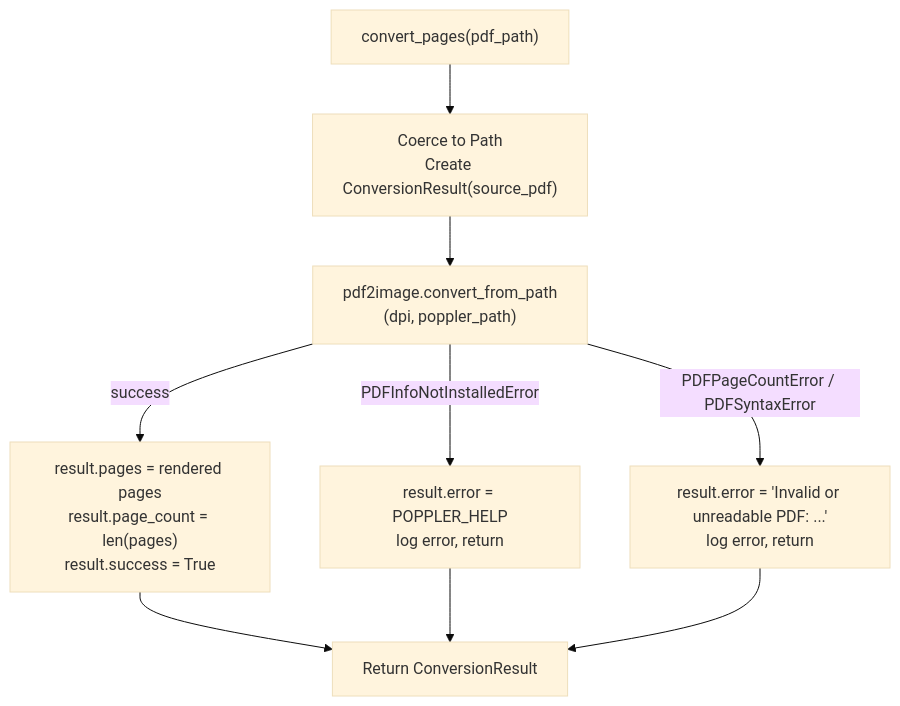
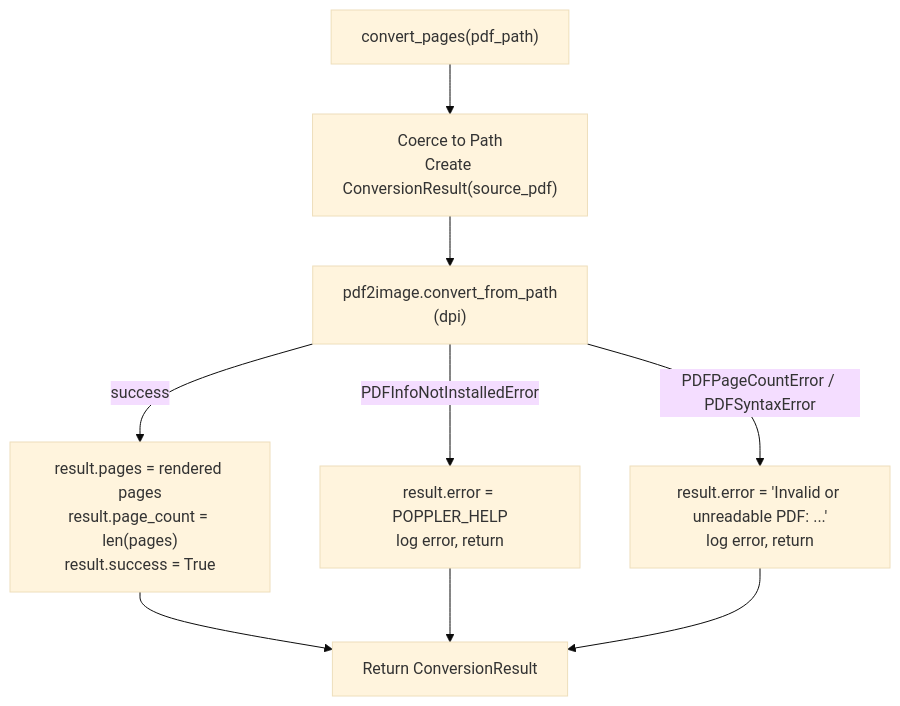
Before and after one commit to Rasakannu123/New-POC: the diagram in docs/features/01-pdf-to-image-conversion.md, drawn with Mermaid (base theme). The commit also changed other lines of this file and 17 other files, not shown here.

````diff
--- a/docs/features/01-pdf-to-image-conversion.md
+++ b/docs/features/01-pdf-to-image-conversion.md
@@ -13,11 +13,11 @@
 ```mermaid
 flowchart TD
     A["convert_pages(pdf_path)"] --> B["Coerce to Path<br/>Create ConversionResult(source_pdf)"]
-    B --> C["pdf2image.convert_from_path<br/>(dpi, poppler_path)"]
+    B --> C["pdf2image.convert_from_path<br/>(dpi)"]
     C -->|PDFInfoNotInstalledError| D["result.error = POPPLER_HELP<br/>log error, return"]
     C -->|PDFPageCountError / PDFSyntaxError| E["result.error = 'Invalid or unreadable PDF: ...'<br/>log error, return"]
     C -->|success| F["result.pages = rendered pages<br/>result.page_count = len(pages)<br/>result.success = True"]
     F --> G["Return ConversionResult"]
     D --> G
     E --> G
 ```
````
